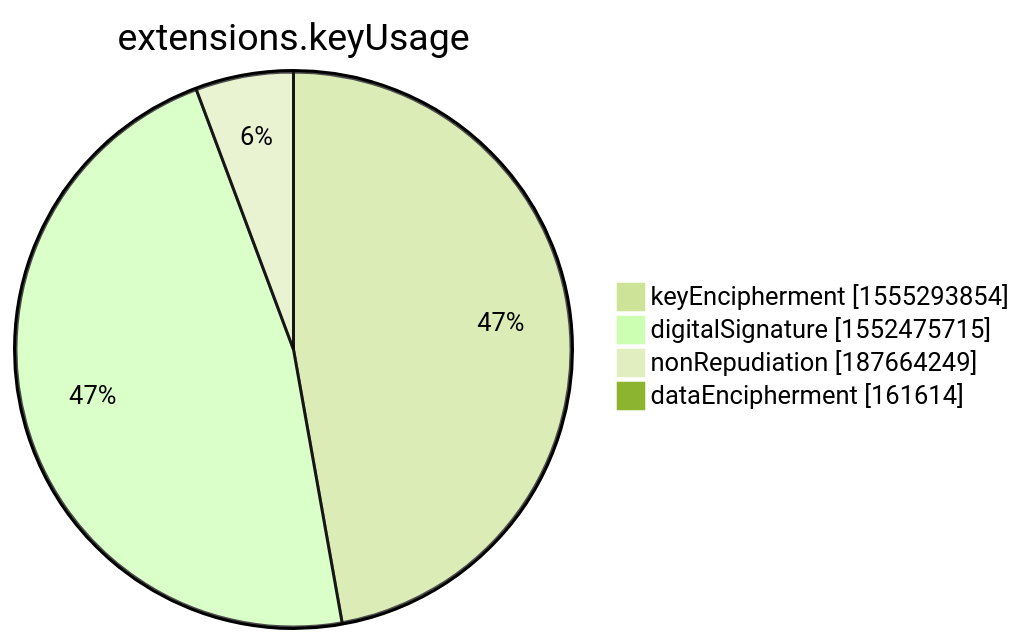
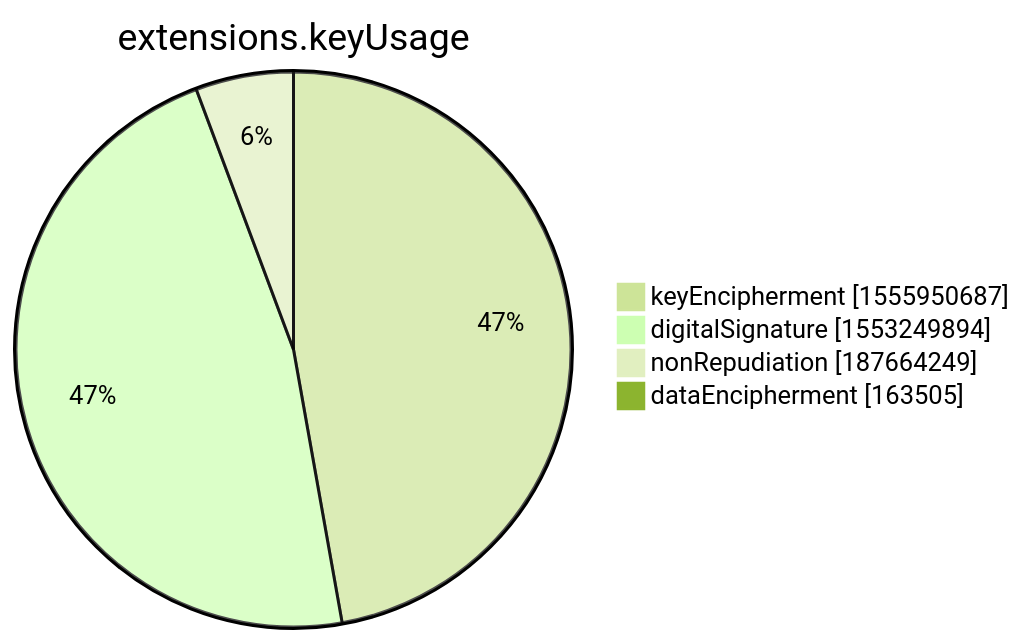
The seventh of 15 diagrams in xenon2022/README.md (christiankrug/ctmonitor_visualization), drawn with Mermaid (forest theme) before and after one commit. The commit also changed other lines of this file, not shown here.

````diff
--- a/xenon2022/README.md
+++ b/xenon2022/README.md
@@ -2852,8 +2852,8 @@
 ```mermaid
 pie showData
 title extensions.keyUsage
-"keyEncipherment" :1555293854
-"digitalSignature" :1552475715
+"keyEncipherment" :1555950687
+"digitalSignature" :1553249894
 "nonRepudiation" :187664249
-"dataEncipherment" :161614
+"dataEncipherment" :163505
 ```
````
